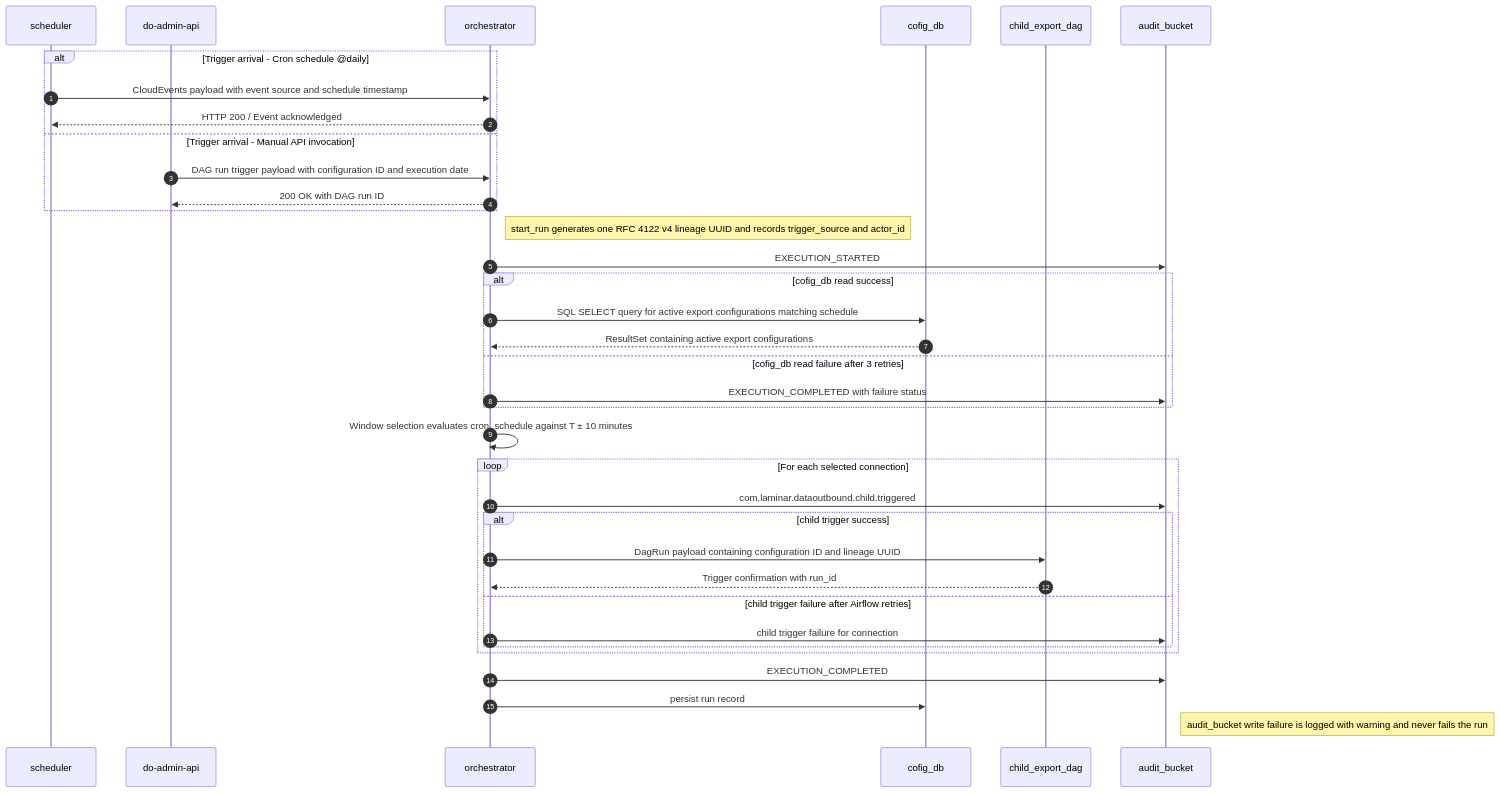
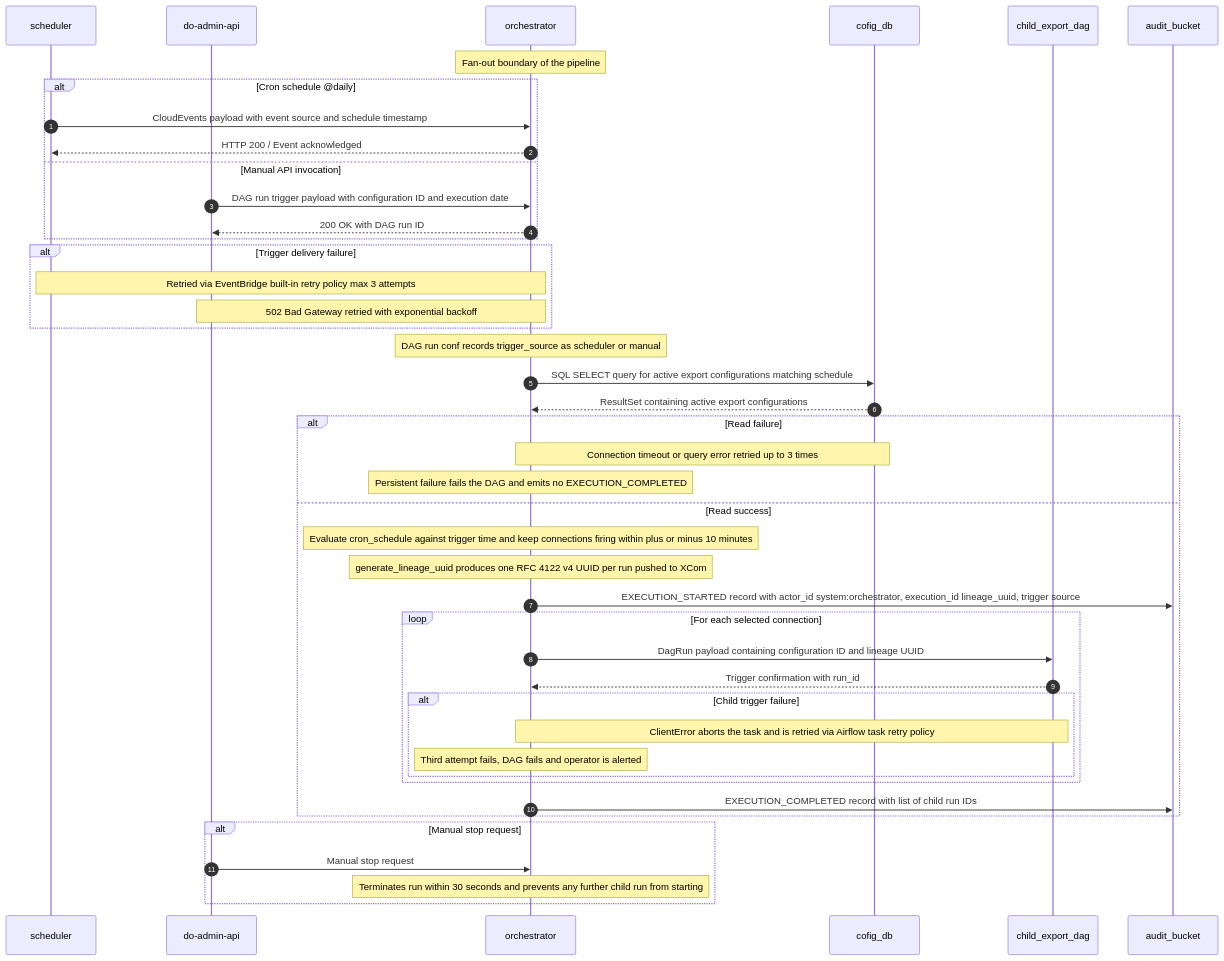
Before and after one commit to laminarzk/rudra-repo: the third of 13 diagrams in docs/design/dataoutbound_product_section_tree_high_level_design.md, drawn with Mermaid. The commit also changed other lines of this file and 10 other files, not shown here.

Commit message:
Rudra: generate architecture documents

````diff
--- a/docs/design/dataoutbound_product_section_tree_high_level_design.md
+++ b/docs/design/dataoutbound_product_section_tree_high_level_design.md
@@ -1550,44 +2021,53 @@
 ```mermaid
 sequenceDiagram
     autonumber
-    participant Scheduler as scheduler
-    participant DoAdminAPI as do-admin-api
-    participant Orchestrator as orchestrator
-    participant ConfigDB as cofig_db
-    participant ChildDAG as child_export_dag
-    participant AuditBucket as audit_bucket
+    participant SCH as scheduler
+    participant API as do-admin-api
+    participant ORC as orchestrator
+    participant DB as cofig_db
+    participant CHD as child_export_dag
+    participant AUD as audit_bucket
 
-    alt Trigger arrival - Cron schedule @daily
-        Scheduler->>Orchestrator: CloudEvents payload with event source and schedule timestamp
-        Orchestrator-->>Scheduler: HTTP 200 / Event acknowledged
-    else Trigger arrival - Manual API invocation
-        DoAdminAPI->>Orchestrator: DAG run trigger payload with configuration ID and execution date
-        Orchestrator-->>DoAdminAPI: 200 OK with DAG run ID
+    Note over ORC: Fan-out boundary of the pipeline
+
+    alt Cron schedule @daily
+        SCH->>ORC: CloudEvents payload with event source and schedule timestamp
+        ORC-->>SCH: HTTP 200 / Event acknowledged
+    else Manual API invocation
+        API->>ORC: DAG run trigger payload with configuration ID and execution date
+        ORC-->>API: 200 OK with DAG run ID
     end
 
-    Note right of Orchestrator: start_run generates one RFC 4122 v4 lineage UUID and records trigger_source and actor_id
-    Orchestrator->>AuditBucket: EXECUTION_STARTED
-
-    alt cofig_db read success
-        Orchestrator->>ConfigDB: SQL SELECT query for active export configurations matching schedule
-        ConfigDB-->>Orchestrator: ResultSet containing active export configurations
-    else cofig_db read failure after 3 retries
-        Orchestrator->>AuditBucket: EXECUTION_COMPLETED with failure status
+    alt Trigger delivery failure
+        Note over SCH,ORC: Retried via EventBridge built-in retry policy max 3 attempts
+        Note over API,ORC: 502 Bad Gateway retried with exponential backoff
     end
 
-    Orchestrator->>Orchestrator: Window selection evaluates cron_schedule against T ± 10 minutes
+    Note over ORC: DAG run conf records trigger_source as scheduler or manual
 
-    loop For each selected connection
-        Orchestrator->>AuditBucket: com.laminar.dataoutbound.child.triggered
-        alt child trigger success
-            Orchestrator->>ChildDAG: DagRun payload containing configuration ID and lineage UUID
-            ChildDAG-->>Orchestrator: Trigger confirmation with run_id
-        else child trigger failure after Airflow retries
-            Orchestrator->>AuditBucket: child trigger failure for connection
+    ORC->>DB: SQL SELECT query for active export configurations matching schedule
+    DB-->>ORC: ResultSet containing active export configurations
+
+    alt Read failure
+        Note over ORC,DB: Connection timeout or query error retried up to 3 times
+        Note over ORC: Persistent failure fails the DAG and emits no EXECUTION_COMPLETED
+    else Read success
+        Note over ORC: Evaluate cron_schedule against trigger time and keep connections firing within plus or minus 10 minutes
+        Note over ORC: generate_lineage_uuid produces one RFC 4122 v4 UUID per run pushed to XCom
+        ORC->>AUD: EXECUTION_STARTED record with actor_id system:orchestrator, execution_id lineage_uuid, trigger source
+        loop For each selected connection
+            ORC->>CHD: DagRun payload containing configuration ID and lineage UUID
+            CHD-->>ORC: Trigger confirmation with run_id
+            alt Child trigger failure
+                Note over ORC,CHD: ClientError aborts the task and is retried via Airflow task retry policy
+                Note over ORC: Third attempt fails, DAG fails and operator is alerted
+            end
         end
+        ORC->>AUD: EXECUTION_COMPLETED record with list of child run IDs
     end
 
-    Orchestrator->>AuditBucket: EXECUTION_COMPLETED
-    Orchestrator->>ConfigDB: persist run record
-    Note right of AuditBucket: audit_bucket write failure is logged with warning and never fails the run
+    alt Manual stop request
+        API->>ORC: Manual stop request
+        Note over ORC: Terminates run within 30 seconds and prevents any further child run from starting
+    end
 ```
````
